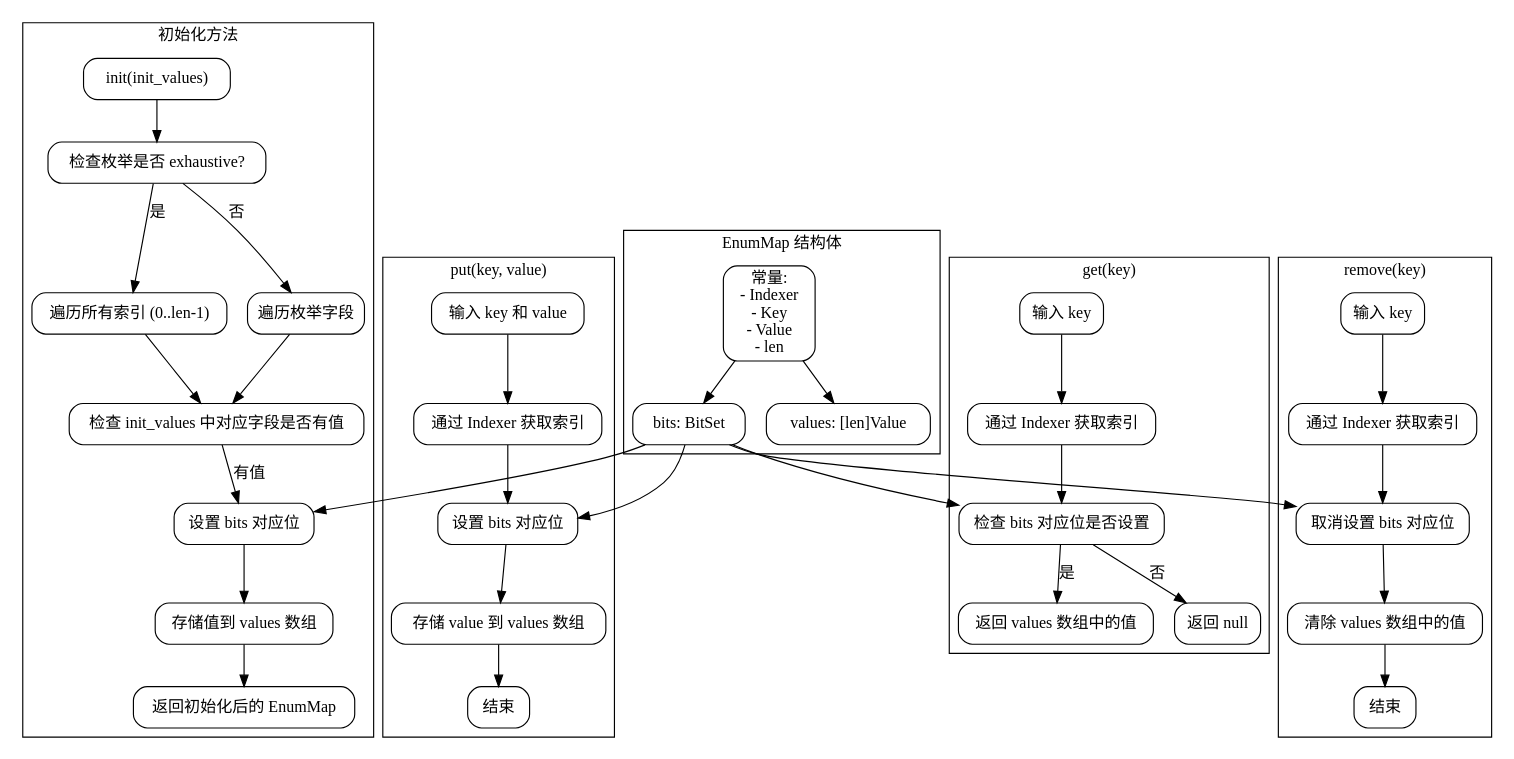
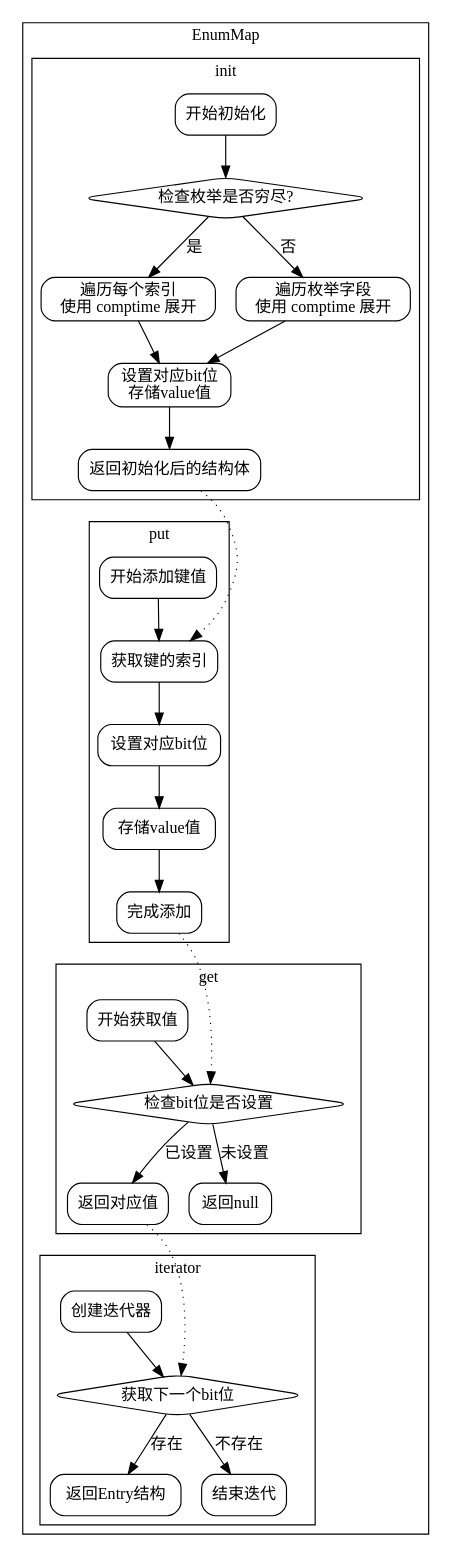
The diagram in dot_std/enums.zig.EnumMap.md (sdzx-1/deepseek-zig-reader), drawn with Graphviz before and after one commit. The commit also changed other lines of this file and 236 other files, not shown here.

````diff
--- a/dot_std/enums.zig.EnumMap.md
+++ b/dot_std/enums.zig.EnumMap.md
@@ -103,82 +19,77 @@
 ```dot
-digraph EnumMapFlowchart {
+digraph EnumMap {
     rankdir=TB;
     node [shape=rectangle, style=rounded];
 
-    // 结构体定义
-    subgraph cluster_struct {
-        label="EnumMap 结构体";
-        struct_constants [label="常量:\n- Indexer\n- Key\n- Value\n- len"];
-        struct_bits [label="bits: BitSet"];
-        struct_values [label="values: [len]Value"];
-        struct_constants -> struct_bits;
-        struct_constants -> struct_values;
+    // 主结构
+    subgraph cluster_EnumMap {
+        label="EnumMap";
+        
+        // 初始化方法
+        subgraph cluster_init {
+            label="init";
+            init_start [label="开始初始化"];
+            init_check_exhaustive [label="检查枚举是否穷尽?", shape=diamond];
+            init_exhaustive_loop [label="遍历每个索引\n使用 comptime 展开"];
+            init_non_exhaustive_loop [label="遍历枚举字段\n使用 comptime 展开"];
+            init_set_bit_value [label="设置对应bit位\n存储value值"];
+            init_end [label="返回初始化后的结构体"];
+            
+            init_start -> init_check_exhaustive;
+            init_check_exhaustive -> init_exhaustive_loop [label="是"];
+            init_check_exhaustive -> init_non_exhaustive_loop [label="否"];
+            init_exhaustive_loop -> init_set_bit_value;
+            init_non_exhaustive_loop -> init_set_bit_value;
+            init_set_bit_value -> init_end;
+        }
+
+        // put方法
+        subgraph cluster_put {
+            label="put";
+            put_start [label="开始添加键值"];
+            put_get_index [label="获取键的索引"];
+            put_set_bit [label="设置对应bit位"];
+            put_store_value [label="存储value值"];
+            put_end [label="完成添加"];
+            
+            put_start -> put_get_index -> put_set_bit -> put_store_value -> put_end;
+        }
+
+        // get方法
+        subgraph cluster_get {
+            label="get";
+            get_start [label="开始获取值"];
+            get_check_bit [label="检查bit位是否设置", shape=diamond];
+            get_return_value [label="返回对应值"];
+            get_return_null [label="返回null"];
+            
+            get_start -> get_check_bit;
+            get_check_bit -> get_return_value [label="已设置"];
+            get_check_bit -> get_return_null [label="未设置"];
+        }
+
+        // 迭代器
+        subgraph cluster_iterator {
+            label="iterator";
+            iter_start [label="创建迭代器"];
+            iter_next [label="获取下一个bit位", shape=diamond];
+            iter_return_entry [label="返回Entry结构"];
+            iter_end [label="结束迭代"];
+            
+            iter_start -> iter_next;
+            iter_next -> iter_return_entry [label="存在"];
+            iter_next -> iter_end [label="不存在"];
+        }
+
+        // 方法间关系
+        init_end -> put_start [style=invis];
+        put_end -> get_start [style=invis];
+        get_return_value -> iter_start [style=invis];
     }
 
-    // 初始化方法
-    subgraph cluster_init {
-        label="初始化方法";
-        init_start [label="init(init_values)"];
-        init_check_exhaustive [label="检查枚举是否 exhaustive?"];
-        init_exhaustive_true [label="遍历所有索引 (0..len-1)"];
-        init_exhaustive_false [label="遍历枚举字段"];
-        init_check_value [label="检查 init_values 中对应字段是否有值"];
-        init_set_bits [label="设置 bits 对应位"];
-        init_store_value [label="存储值到 values 数组"];
-        init_return [label="返回初始化后的 EnumMap"];
-
-        init_start -> init_check_exhaustive;
-        init_check_exhaustive -> init_exhaustive_true [label="是"];
-        init_check_exhaustive -> init_exhaustive_false [label="否"];
-        init_exhaustive_true -> init_check_value;
-        init_exhaustive_false -> init_check_value;
-        init_check_value -> init_set_bits [label="有值"];
-        init_set_bits -> init_store_value;
-        init_store_value -> init_return;
-    }
-
-    // put 方法
-    subgraph cluster_put {
-        label="put(key, value)";
-        put_start [label="输入 key 和 value"];
-        put_get_index [label="通过 Indexer 获取索引"];
-        put_set_bit [label="设置 bits 对应位"];
-        put_store_value [label="存储 value 到 values 数组"];
-        put_end [label="结束"];
-
-        put_start -> put_get_index -> put_set_bit -> put_store_value -> put_end;
-    }
-
-    // get 方法
-    subgraph cluster_get {
-        label="get(key)";
-        get_start [label="输入 key"];
-        get_get_index [label="通过 Indexer 获取索引"];
-        get_check_bit [label="检查 bits 对应位是否设置"];
-        get_return_value [label="返回 values 数组中的值"];
-        get_return_null [label="返回 null"];
-
-        get_start -> get_get_index -> get_check_bit;
-        get_check_bit -> get_return_value [label="是"];
-        get_check_bit -> get_return_null [label="否"];
-    }
-
-    // 删除方法
-    subgraph cluster_remove {
-        label="remove(key)";
-        remove_start [label="输入 key"];
-        remove_get_index [label="通过 Indexer 获取索引"];
-        remove_unset_bit [label="取消设置 bits 对应位"];
-        remove_clear_value [label="清除 values 数组中的值"];
-        remove_end [label="结束"];
-
-        remove_start -> remove_get_index -> remove_unset_bit -> remove_clear_value -> remove_end;
-    }
-
-    // 连接结构体与方法
-    struct_bits -> init_set_bits [ltail=cluster_struct, lhead=cluster_init];
-    struct_bits -> put_set_bit [ltail=cluster_struct, lhead=cluster_put];
-    struct_bits -> get_check_bit [ltail=cluster_struct, lhead=cluster_get];
-    struct_bits -> remove_unset_bit [ltail=cluster_struct, lhead=cluster_remove];
+    // 跨子图连接
+    init_end -> put_get_index [ltail=cluster_init, lhead=cluster_put, style=dotted];
+    put_end -> get_check_bit [ltail=cluster_put, lhead=cluster_get, style=dotted];
+    get_return_value -> iter_next [ltail=cluster_get, lhead=cluster_iterator, style=dotted];
 }
-```
+``` 
````
